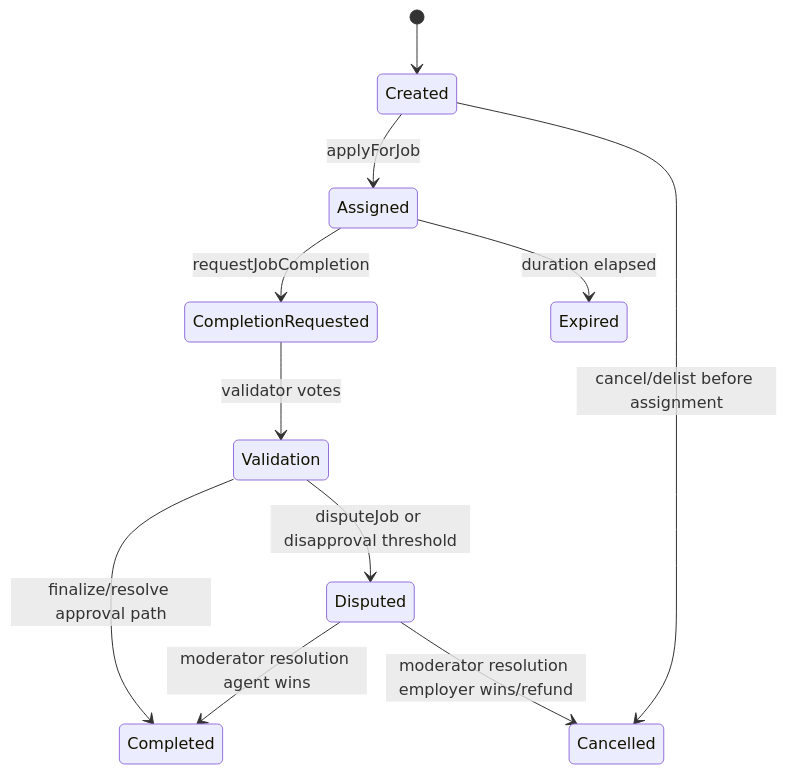
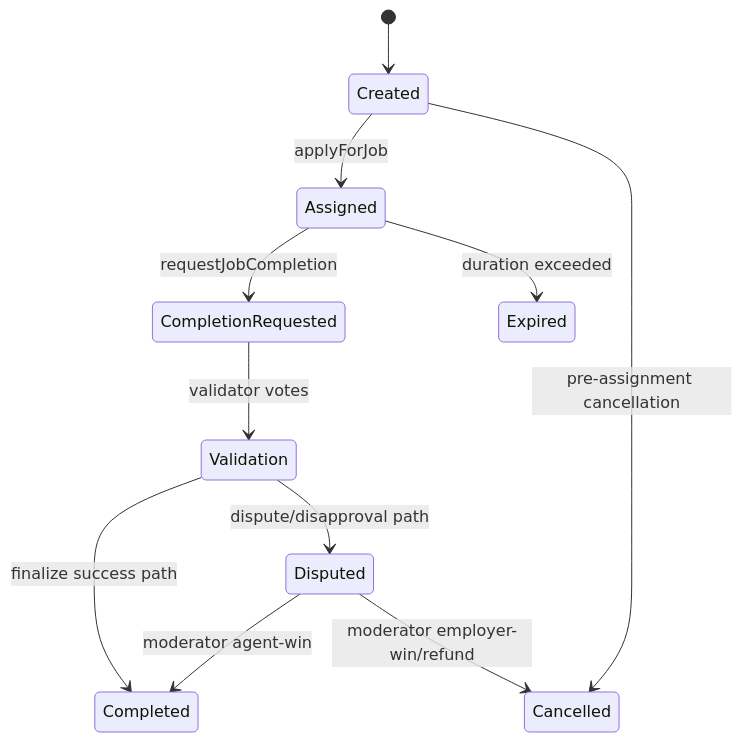
The third of 4 diagrams in docs/DEPLOYMENT/OWNER_MAINNET_DEPLOYMENT_AND_OPERATIONS_GUIDE.md (MontrealAI/AGIJobManager), drawn with Mermaid before and after one commit. The commit also changed other lines of this file, not shown here.

````diff
--- a/docs/DEPLOYMENT/OWNER_MAINNET_DEPLOYMENT_AND_OPERATIONS_GUIDE.md
+++ b/docs/DEPLOYMENT/OWNER_MAINNET_DEPLOYMENT_AND_OPERATIONS_GUIDE.md
@@ -312,13 +223,13 @@
 ```mermaid
 stateDiagram-v2
   [*] --> Created
   Created --> Assigned: applyForJob
   Assigned --> CompletionRequested: requestJobCompletion
   CompletionRequested --> Validation: validator votes
-  Validation --> Completed: finalize/resolve approval path
-  Validation --> Disputed: disputeJob or disapproval threshold
-  Assigned --> Expired: duration elapsed
-  Created --> Cancelled: cancel/delist before assignment
-  Disputed --> Completed: moderator resolution agent wins
-  Disputed --> Cancelled: moderator resolution employer wins/refund
+  Validation --> Completed: finalize success path
+  Validation --> Disputed: dispute/disapproval path
+  Assigned --> Expired: duration exceeded
+  Created --> Cancelled: pre-assignment cancellation
+  Disputed --> Completed: moderator agent-win
+  Disputed --> Cancelled: moderator employer-win/refund
 ```
````
